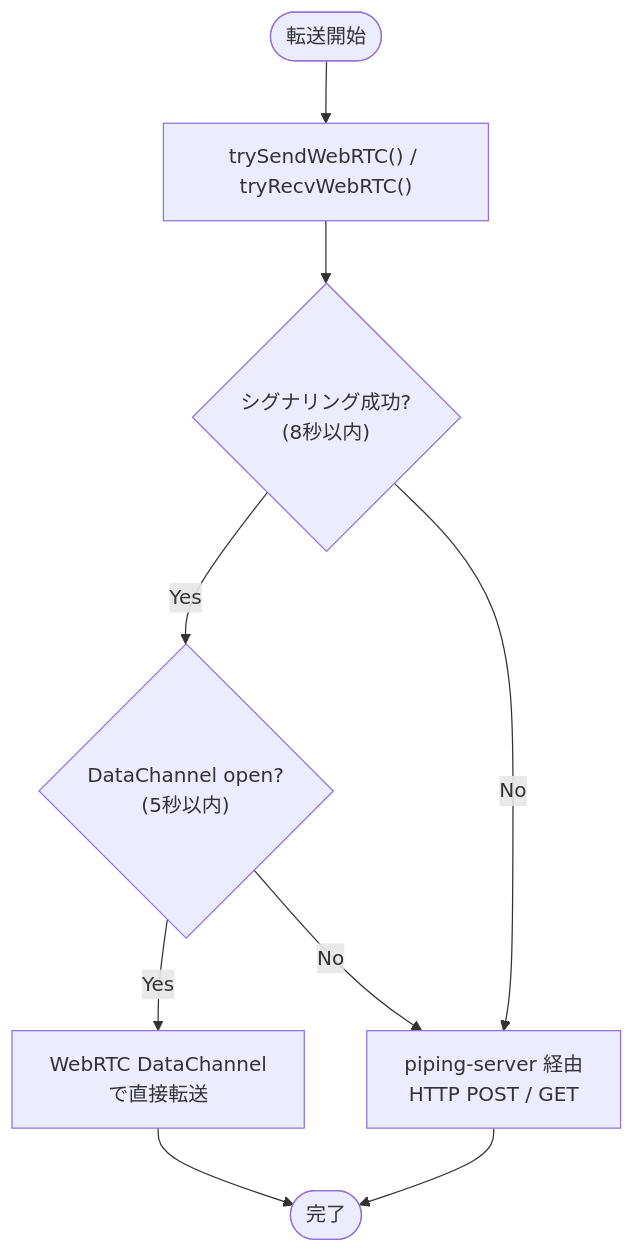
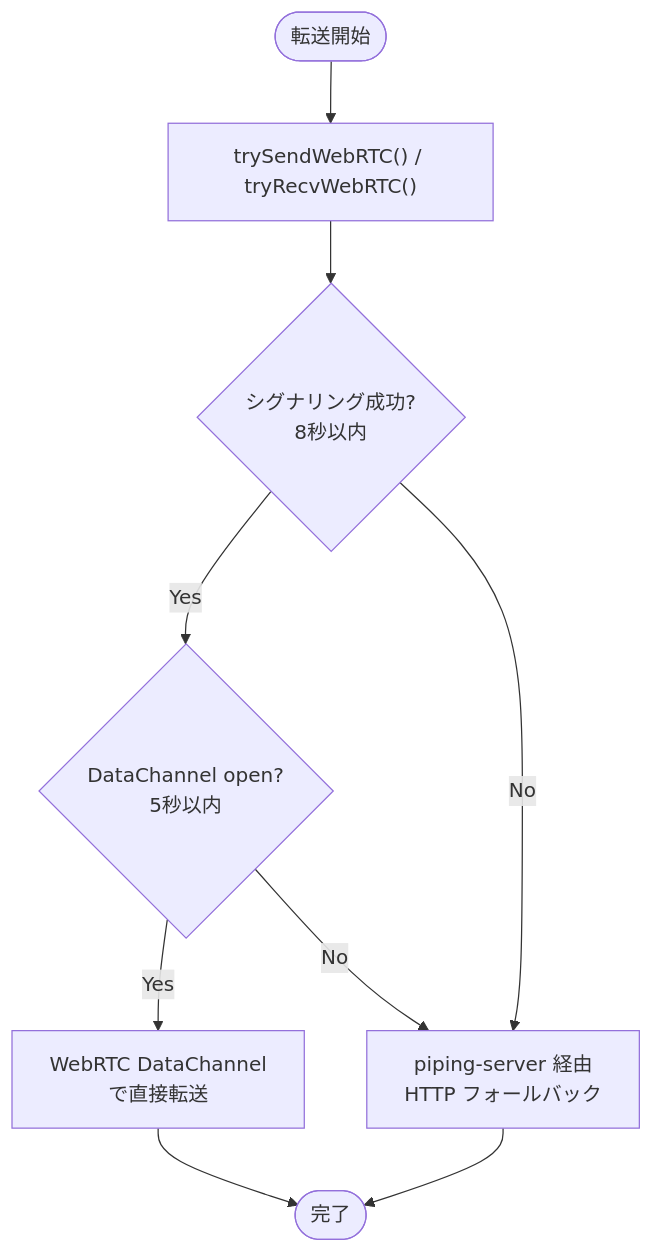
The second of 7 diagrams in docs/pipe-spec.md (afjk/afjk.jp), drawn with Mermaid before and after one commit. The commit also changed other lines of this file, not shown here.

Commit message:
Fix Mermaid diagram syntax for GitHub rendering

````diff
--- a/docs/pipe-spec.md
+++ b/docs/pipe-spec.md
@@ -44,11 +44,11 @@
 ```mermaid
 flowchart TD
     Start([転送開始]) --> TryP2P["trySendWebRTC() / tryRecvWebRTC()"]
-    TryP2P --> Sig{"シグナリング成功?\n(8秒以内)"}
-    Sig -- Yes --> DC{"DataChannel open?\n(5秒以内)"}
+    TryP2P --> Sig{"シグナリング成功?\n8秒以内"}
+    Sig -- Yes --> DC{"DataChannel open?\n5秒以内"}
     DC -- Yes --> P2P["WebRTC DataChannel\nで直接転送"]
     DC -- No --> Fallback
-    Sig -- No --> Fallback["piping-server 経由\nHTTP POST / GET"]
+    Sig -- No --> Fallback["piping-server 経由\nHTTP フォールバック"]
     P2P --> Done([完了])
     Fallback --> Done
 ```
````
